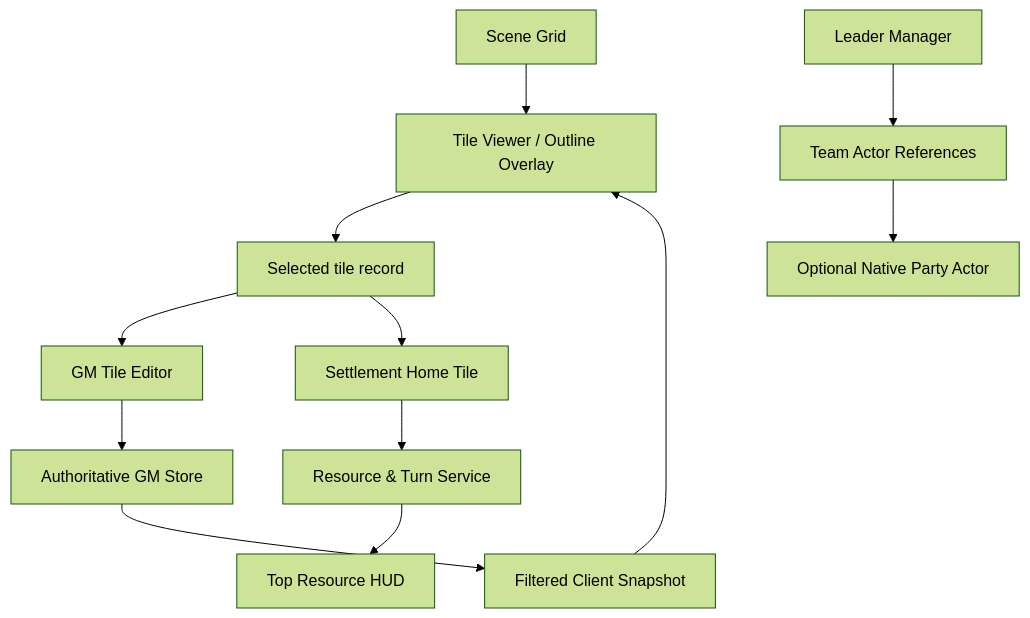
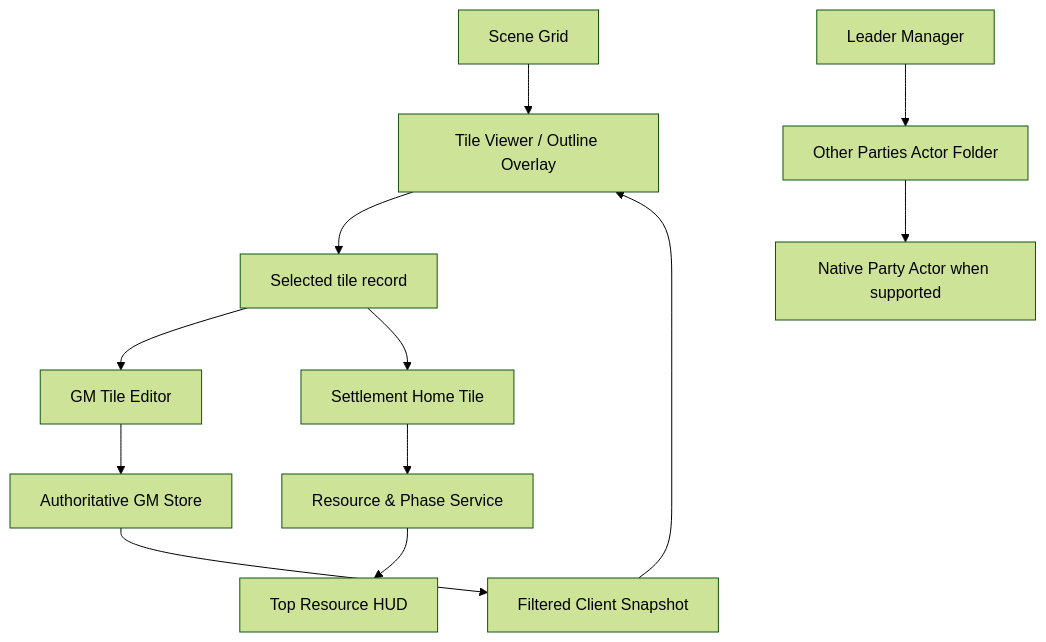
The first of 2 diagrams in README.md (FVTT-Mods-Hawthorne/settlement-hex-manager), drawn with Mermaid (forest theme) before and after one commit. The commit also changed other lines of this file and 6 other files, not shown here.

````diff
--- a/README.md
+++ b/README.md
@@ -104,14 +111,14 @@
 ```mermaid
 flowchart TD
   C[Scene Grid] --> V[Tile Viewer / Outline Overlay]
   V --> H[Selected tile record]
   H --> E[GM Tile Editor]
   E --> P[Authoritative GM Store]
   H --> S[Settlement Home Tile]
-  S --> R[Resource & Turn Service]
+  S --> R[Resource & Phase Service]
   R --> HUD[Top Resource HUD]
   P --> M[Filtered Client Snapshot]
   M --> V
-  T[Leader Manager] --> A[Team Actor References]
-  A --> PA[Optional Native Party Actor]
+  T[Leader Manager] --> A[Other Parties Actor Folder]
+  A --> PA[Native Party Actor when supported]
 ```
````
